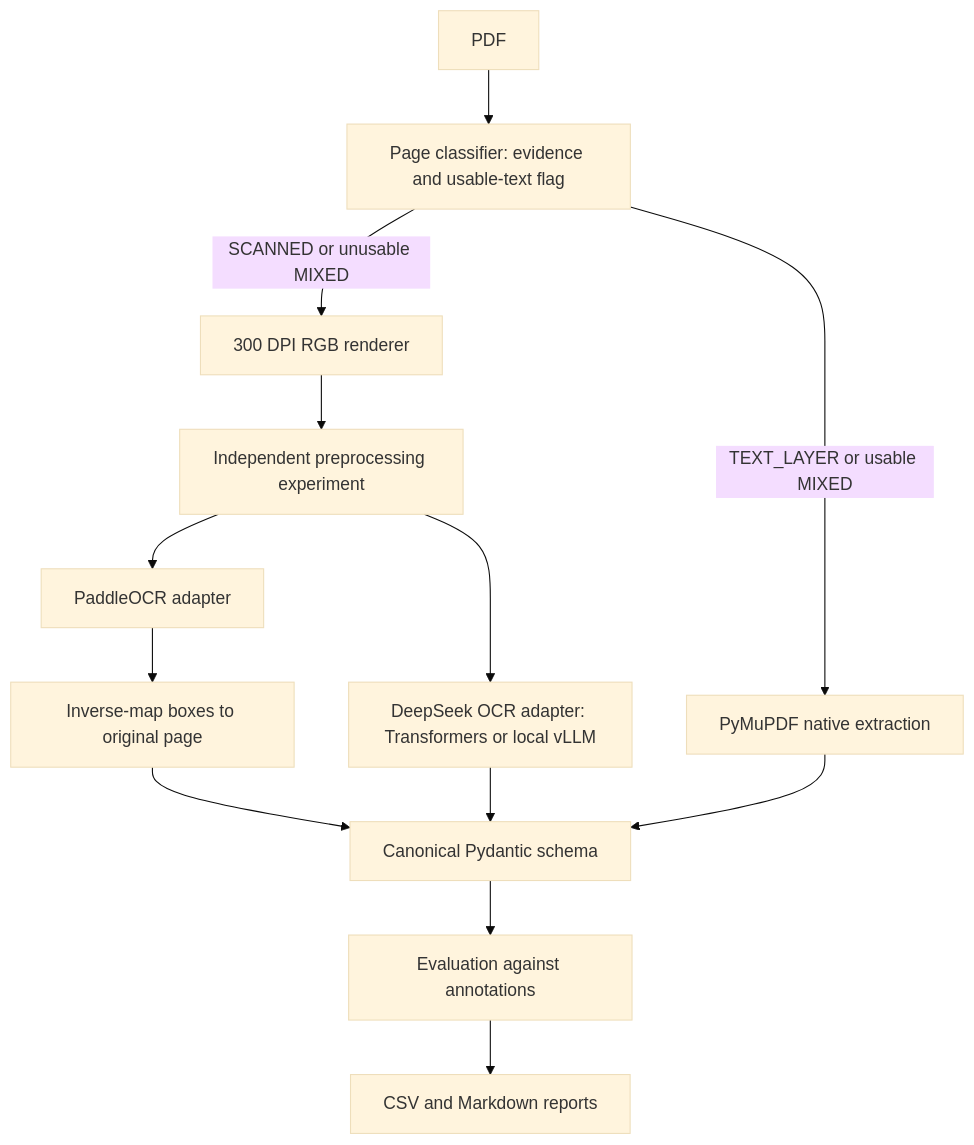
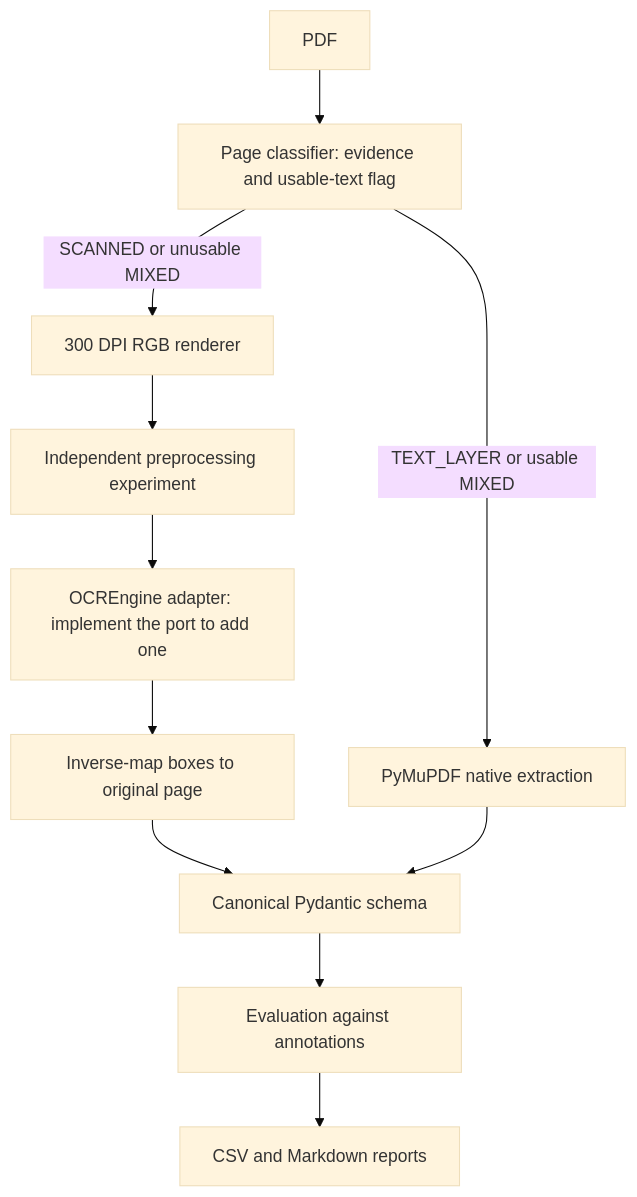
Before and after one commit to AI20K-VGR/contract-intelligence-core: the diagram in ai-service/docs/ARCHITECTURE.md, drawn with Mermaid (base theme). The commit also changed other lines of this file and 14 other files, not shown here.

Commit message:
docs(ai-service): sync docs, schema and team handoff with the Mistral table pipeline

````diff
--- a/ai-service/docs/ARCHITECTURE.md
+++ b/ai-service/docs/ARCHITECTURE.md
@@ -5,15 +5,13 @@
 ```mermaid
 flowchart TD
     PDF[PDF] --> C[Page classifier: evidence and usable-text flag]
     C -->|TEXT_LAYER or usable MIXED| N[PyMuPDF native extraction]
     C -->|SCANNED or unusable MIXED| R[300 DPI RGB renderer]
     R --> P[Independent preprocessing experiment]
-    P --> PO[PaddleOCR adapter]
-    P --> DS[DeepSeek OCR adapter: Transformers or local vLLM]
-    PO --> G[Inverse-map boxes to original page]
+    P --> OE[OCREngine adapter: implement the port to add one]
+    OE --> G[Inverse-map boxes to original page]
     G --> S[Canonical Pydantic schema]
-    DS --> S
     N --> S
     S --> E[Evaluation against annotations]
     E --> REPORT[CSV and Markdown reports]
 ```
````
